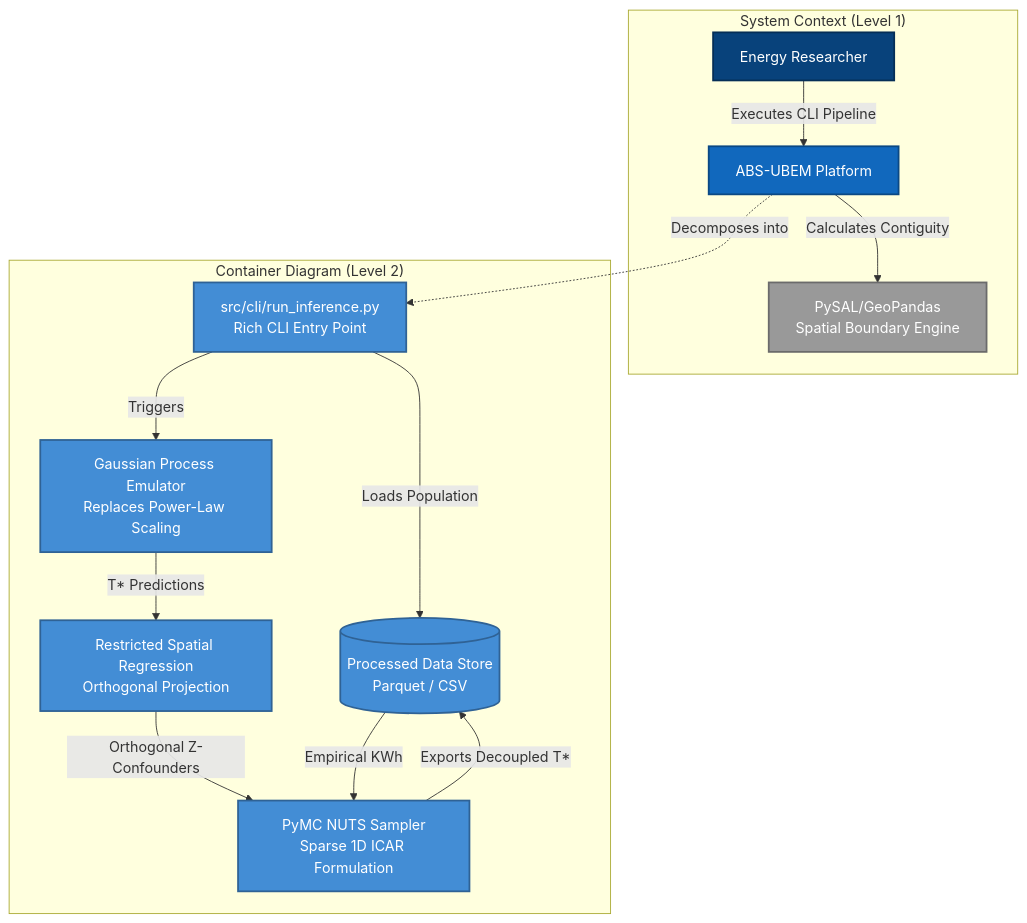
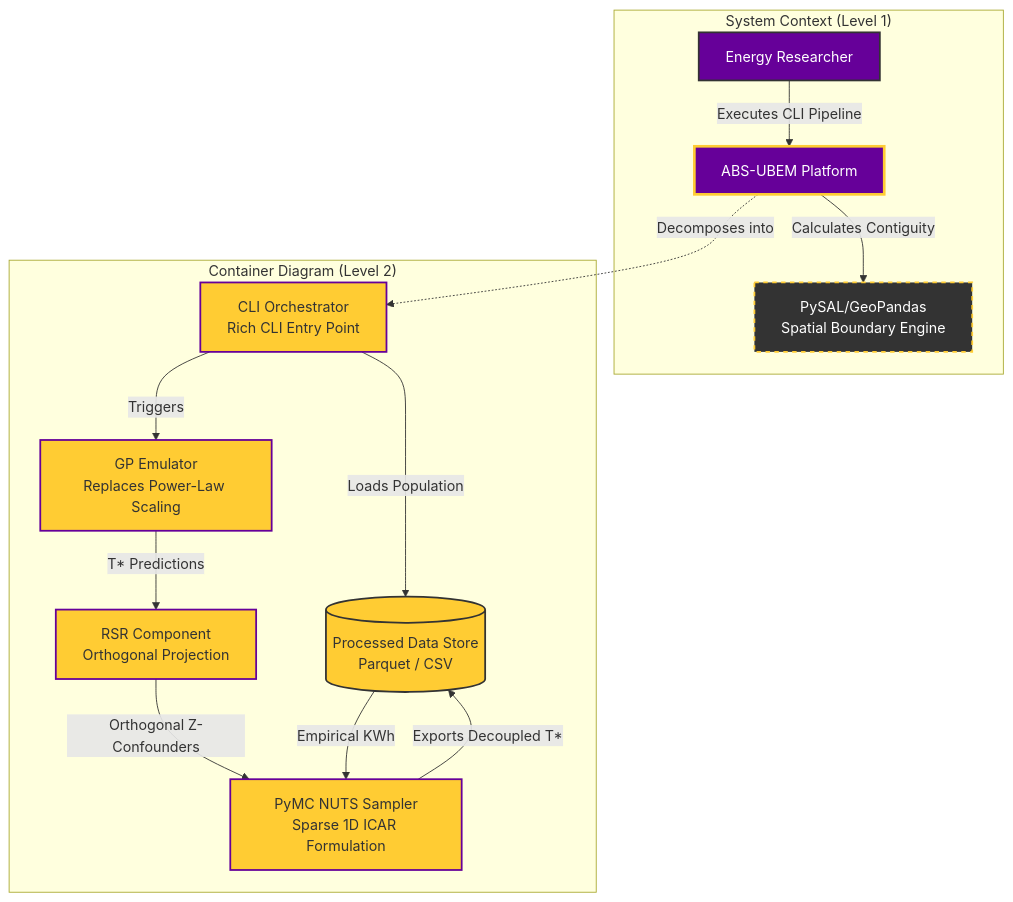
One commit to JulesBuckland/abs-ubem-national changed the diagram in README.md. Above: the diagram before and after it, drawn with Mermaid.

Commit message:
docs: redesign C4 diagram with conceptual containers and University of Manchester brand colors

````diff
--- a/README.md
+++ b/README.md
@@ -16,33 +16,34 @@
 ```mermaid
 graph TD
-    classDef person fill:#08427b,stroke:#052e56,stroke-width:2px,color:#fff;
-    classDef system fill:#1168bd,stroke:#0b4884,stroke-width:2px,color:#fff;
-    classDef extSystem fill:#999999,stroke:#6b6b6b,stroke-width:2px,color:#fff;
-    classDef container fill:#438dd5,stroke:#2f6295,stroke-width:2px,color:#fff;
-    classDef database fill:#438dd5,stroke:#2f6295,stroke-width:2px,color:#fff;
+    %% University of Manchester Brand Theme - C4 Model
+    classDef person fill:#660099,color:#FFFFFF,stroke:#333333,stroke-width:2px;
+    classDef system fill:#660099,color:#FFFFFF,stroke:#FFCC33,stroke-width:3px;
+    classDef extSystem fill:#333333,color:#FFFFFF,stroke:#FFCC33,stroke-width:2px,stroke-dasharray: 5 5;
+    classDef container fill:#FFCC33,color:#333333,stroke:#660099,stroke-width:2px;
+    classDef database fill:#FFCC33,color:#333333,stroke:#333333,stroke-width:2px;
 
     subgraph "System Context (Level 1)"
         User[Energy Researcher]:::person
         ABSUBEM[ABS-UBEM Platform]:::system
         PySAL[PySAL/GeoPandas\nSpatial Boundary Engine]:::extSystem
     end
 
     User -- "Executes CLI Pipeline" --> ABSUBEM
     ABSUBEM -- "Calculates Contiguity" --> PySAL
 
     subgraph "Container Diagram (Level 2)"
-        CLI[src/cli/run_inference.py\nRich CLI Entry Point]:::container
-        GP[Gaussian Process Emulator\nReplaces Power-Law Scaling]:::container
-        RSR[Restricted Spatial Regression\nOrthogonal Projection]:::container
+        CLI[CLI Orchestrator\nRich CLI Entry Point]:::container
+        GP[GP Emulator\nReplaces Power-Law Scaling]:::container
+        RSR[RSR Component\nOrthogonal Projection]:::container
         MCMC[PyMC NUTS Sampler\nSparse 1D ICAR Formulation]:::container
         Data[(Processed Data Store\nParquet / CSV)]:::database
     end
 
     ABSUBEM -. "Decomposes into" .-> CLI
     CLI -- "Loads Population" --> Data
     CLI -- "Triggers" --> GP
     GP -- "T* Predictions" --> RSR
     RSR -- "Orthogonal Z-Confounders" --> MCMC
     Data -- "Empirical KWh" --> MCMC
     MCMC -- "Exports Decoupled T*" --> Data
 ```
````
